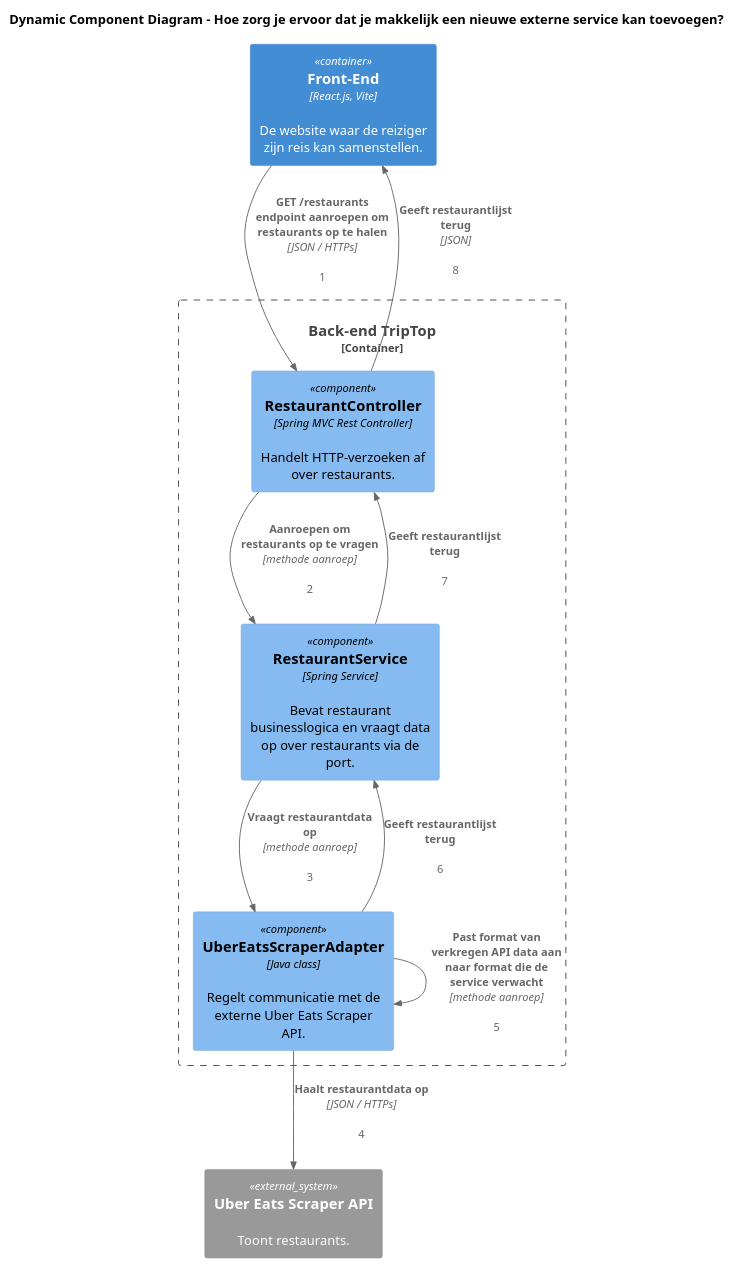
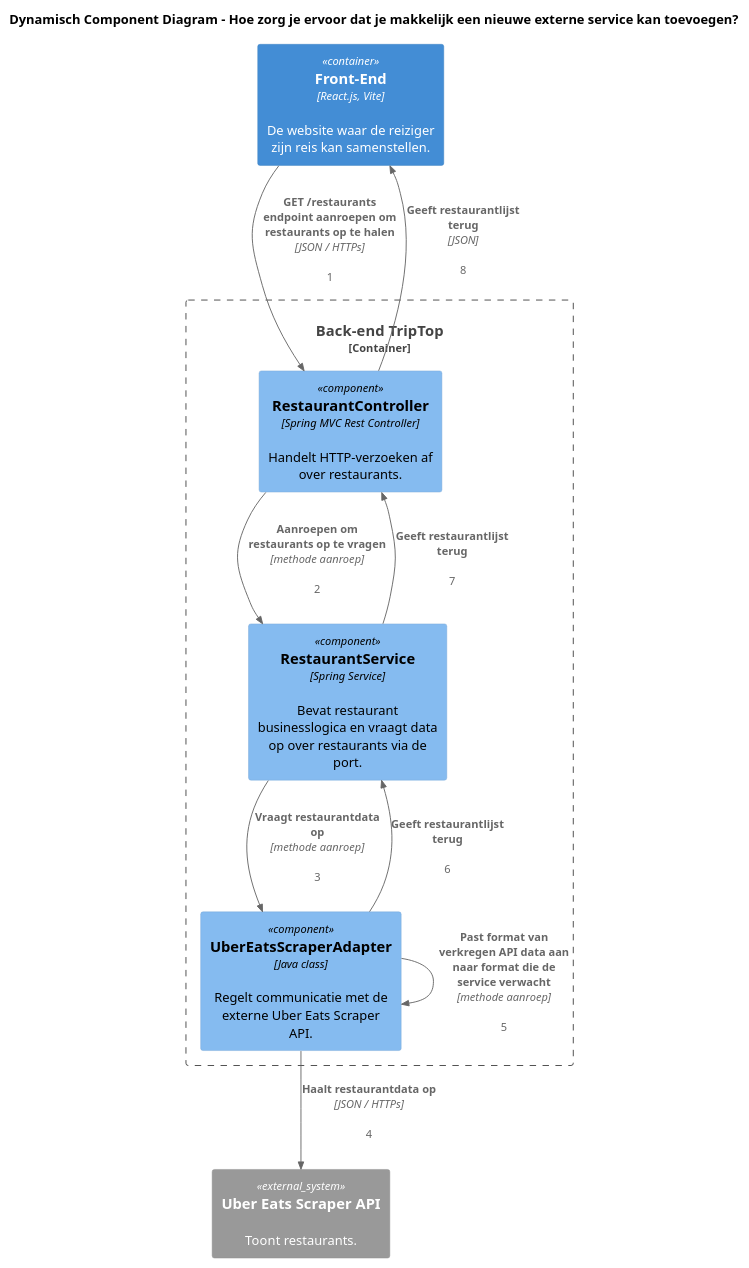
Before and after one commit to AIM-ENE-feb25/triptop-beca: the diagram in voorbereiding-les3-week2/dynamicDiagramComponents.puml, drawn with PlantUML.

```diff
--- a/voorbereiding-les3-week2/dynamicDiagramComponents.puml
+++ b/voorbereiding-les3-week2/dynamicDiagramComponents.puml
@@ -1,28 +1,28 @@
 @startuml
 
 !include https://raw.githubusercontent.com/plantuml-stdlib/C4-PlantUML/master/C4_Component.puml
 
 
-title Dynamic Component Diagram - Hoe zorg je ervoor dat je makkelijk een nieuwe externe service kan toevoegen?
+title Dynamisch Component Diagram - Hoe zorg je ervoor dat je makkelijk een nieuwe externe service kan toevoegen?
 
 
 Container(frontend, "Front-End", "React.js, Vite", "De website waar de reiziger zijn reis kan samenstellen.")
 System_Ext(uberEatsAPI, "Uber Eats Scraper API", "Toont restaurants.")
 
 
 Container_Boundary(ttBackend, "Back-end TripTop") {
     Component(restaurantController, "RestaurantController", "Spring MVC Rest Controller", "Handelt HTTP-verzoeken af over restaurants.")
     Component(restaurantService, "RestaurantService", "Spring Service", "Bevat restaurant businesslogica en vraagt data op over restaurants via de port.")
     Component(uberEatsAdapter, "UberEatsScraperAdapter", "Java class", "Regelt communicatie met de externe Uber Eats Scraper API.")
 }
 
 Rel(frontend, restaurantController, "GET /restaurants endpoint aanroepen om restaurants op te halen", "JSON / HTTPs", 1)
 Rel(restaurantController, restaurantService, "Aanroepen om restaurants op te vragen", "methode aanroep", 2)
 Rel(restaurantService, uberEatsAdapter, "Vraagt restaurantdata op", "methode aanroep", 3)
 Rel(uberEatsAdapter, uberEatsAPI, "Haalt restaurantdata op", "JSON / HTTPs", 4)
 Rel(uberEatsAdapter, uberEatsAdapter, "Past format van verkregen API data aan naar format die de service verwacht", "methode aanroep", 5)
 Rel(uberEatsAdapter, restaurantService, "Geeft restaurantlijst terug", "", 6)
 Rel(restaurantService, restaurantController, "Geeft restaurantlijst terug", "", 7)
 Rel(restaurantController, frontend, "Geeft restaurantlijst terug", "JSON", 8)
 
 @enduml
```
